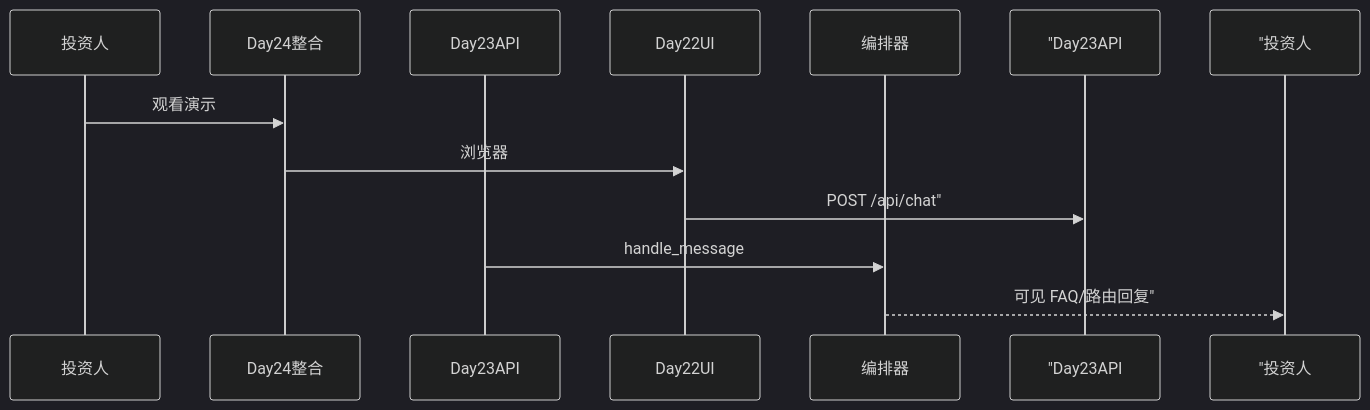
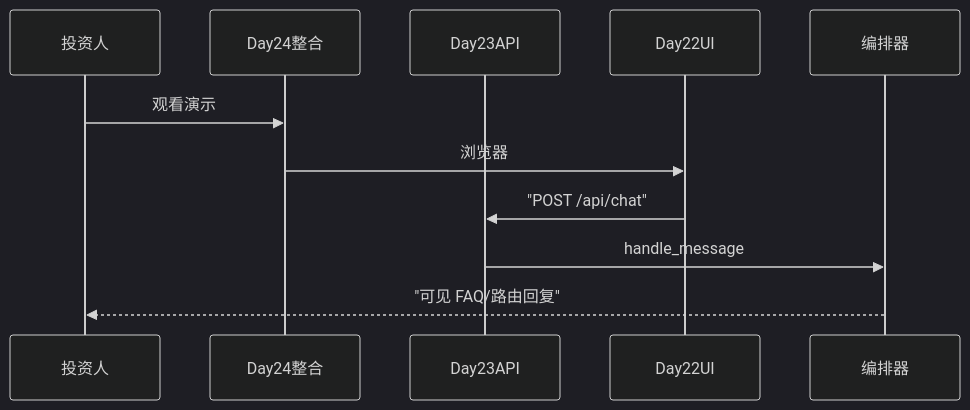
The second of 2 diagrams in course/day23/27_Day24完整整合预习.md (ab6539763/70_days_course_plus), drawn with Mermaid (dark theme) before and after one commit. The commit also changed 80 other files, not shown here.

First line of the commit message:
fix(course): 修复 Mermaid 图表渲染报错 + 同步嵌入代码快照

````diff
--- a/course/day23/27_Day24完整整合预习.md
+++ b/course/day23/27_Day24完整整合预习.md
@@ -115,14 +115,14 @@
 ```mermaid
 sequenceDiagram
     participant 投资人
     participant Day24整合
     participant Day23API
     participant Day22UI
     participant 编排器
 
     投资人->>Day24整合: 观看演示
     Day24整合->>Day22UI: 浏览器
-    Day22UI->> "Day23API: POST /api/chat"
+    Day22UI->>Day23API: "POST /api/chat"
     Day23API->>编排器: handle_message
-    编排器-->> "投资人: 可见 FAQ/路由回复"
+    编排器-->>投资人: "可见 FAQ/路由回复"
 ```
````
